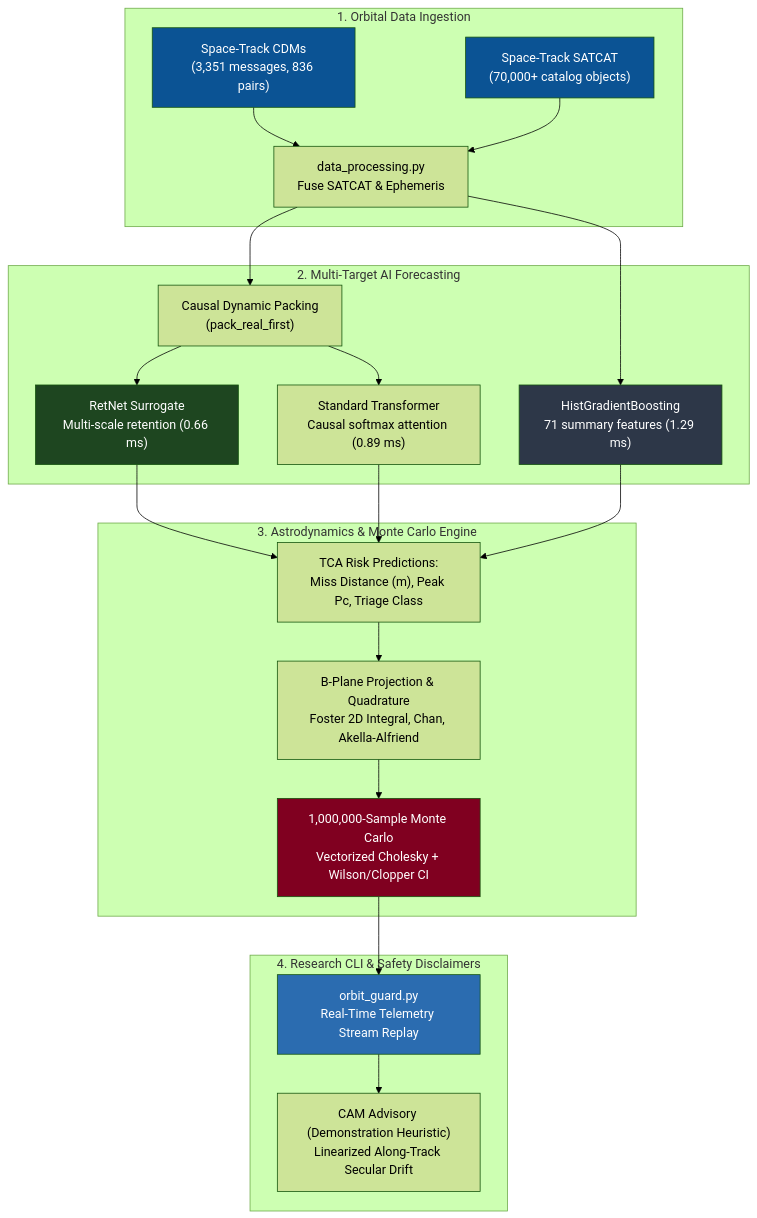
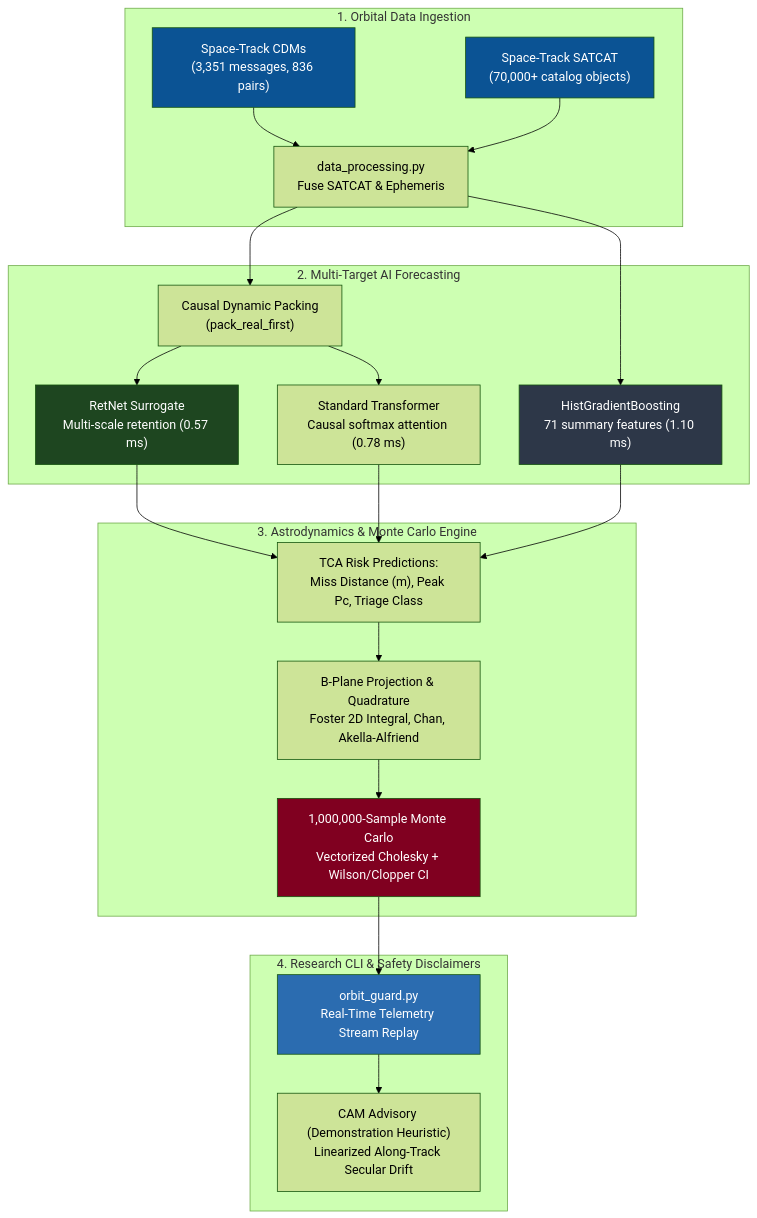
The diagram in README.md (sai-ganesh-4539/satellite-conjunction-analysis-with-collision-prediction), drawn with Mermaid (forest theme) before and after one commit. The commit also changed other lines of this file and 10 other files, not shown here.

Commit message:
fix(provenance): update mermaid and CLI latencies, add python-docx and docx generation step, replace unmeasured latencies with Not benchmarked, and add remeasure-latencies option

````diff
--- a/README.md
+++ b/README.md
@@ -38,32 +38,32 @@
 ```mermaid
 flowchart TD
     subgraph Data ["1. Orbital Data Ingestion"]
         CDM["Space-Track CDMs<br>(3,351 messages, 836 pairs)"] --> MERGE["data_processing.py<br>Fuse SATCAT & Ephemeris"]
         SAT["Space-Track SATCAT<br>(70,000+ catalog objects)"] --> MERGE
     end
 
     subgraph Models ["2. Multi-Target AI Forecasting"]
         MERGE --> PACK["Causal Dynamic Packing<br>(pack_real_first)"]
-        PACK --> RET["RetNet Surrogate<br>Multi-scale retention (0.66 ms)"]
-        PACK --> TRANS["Standard Transformer<br>Causal softmax attention (0.89 ms)"]
-        MERGE --> HGB["HistGradientBoosting<br>71 summary features (1.29 ms)"]
+        PACK --> RET["RetNet Surrogate<br>Multi-scale retention (0.57 ms)"]
+        PACK --> TRANS["Standard Transformer<br>Causal softmax attention (0.78 ms)"]
+        MERGE --> HGB["HistGradientBoosting<br>71 summary features (1.10 ms)"]
     end
 
     subgraph Engine ["3. Astrodynamics & Monte Carlo Engine"]
         RET & TRANS & HGB --> FORECAST["TCA Risk Predictions:<br>Miss Distance (m), Peak Pc, Triage Class"]
         FORECAST --> BPLANE["B-Plane Projection & Quadrature<br>Foster 2D Integral, Chan, Akella-Alfriend"]
         BPLANE --> MC["1,000,000-Sample Monte Carlo<br>Vectorized Cholesky + Wilson/Clopper CI"]
     end
 
     subgraph Ops ["4. Research CLI & Safety Disclaimers"]
         MC --> CLI["orbit_guard.py<br>Real-Time Telemetry Stream Replay"]
         CLI --> CAM["CAM Advisory (Demonstration Heuristic)<br>Linearized Along-Track Secular Drift"]
     end
 
     style CDM fill:#0b5394,color:#fff
     style SAT fill:#0b5394,color:#fff
     style RET fill:#1e4620,color:#fff
     style HGB fill:#2d3748,color:#fff
     style MC fill:#800020,color:#fff
     style CLI fill:#2b6cb0,color:#fff
 ```
````
